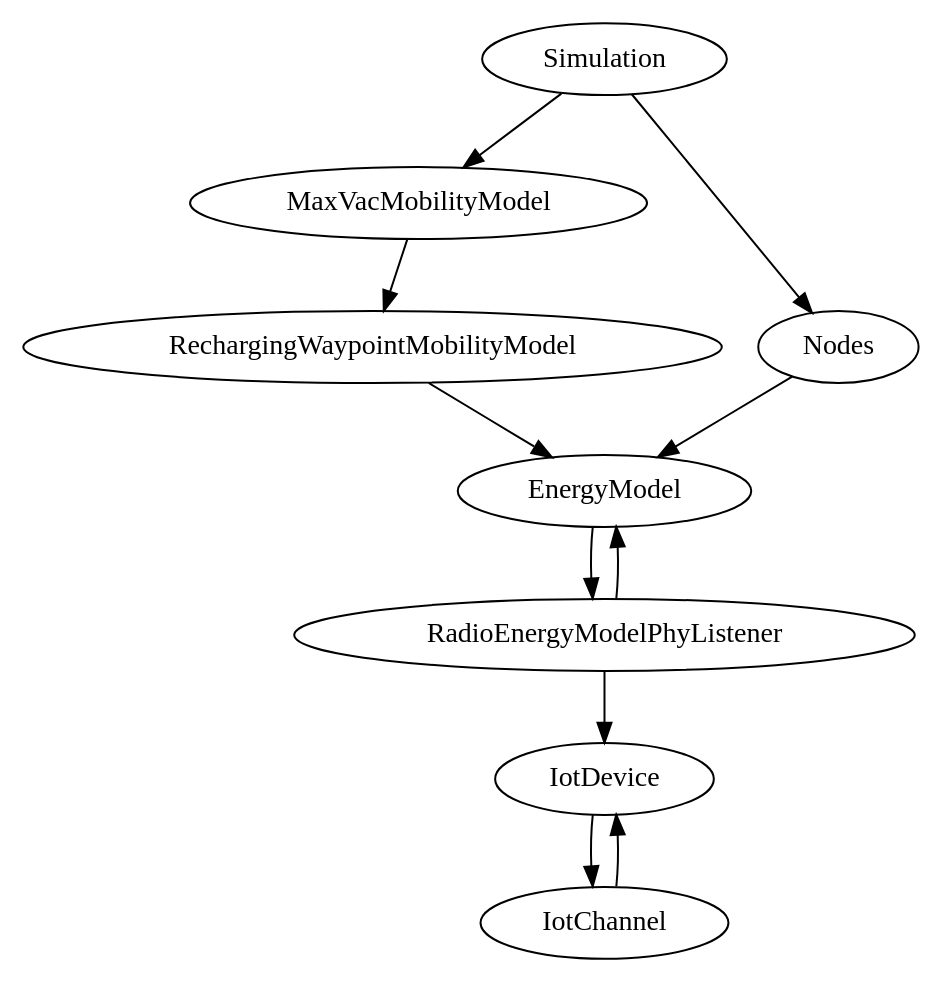
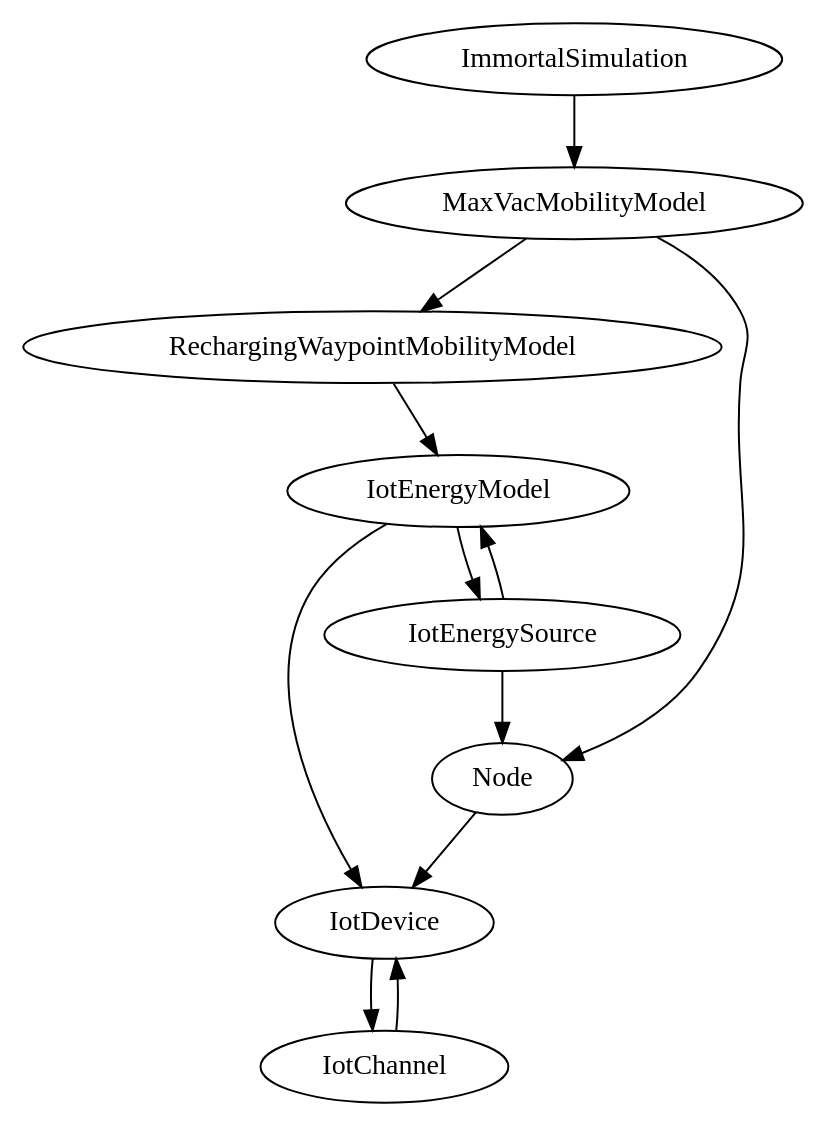
The first of 2 diagrams in Project.asciidoc (hansbogert/TUD-IN4398-Project2), drawn with Graphviz before and after one commit. The commit also changed other lines of this file and 1 other file, not shown here.

```diff
--- a/Project.asciidoc
+++ b/Project.asciidoc
@@ -180,21 +148,28 @@
 [graphviz]
 ----
 digraph G { rankdir=UD; 
-  Simulation
+  ImmortalSimulation
   ->MaxVacMobilityModel
   ->RechargingWaypointMobilityModel
-  ->EnergyModel
-  ->RadioEnergyModelPhyListener
-  ->EnergyModel
-    RadioEnergyModelPhyListener
+  ->IotEnergyModel
   ->IotDevice
   ->IotChannel
 
   IotChannel
   ->IotDevice
 
-  Simulation
-  ->Nodes
-  ->EnergyModel
+  "Node"
+  ->IotDevice
+
+  MaxVacMobilityModel
+  ->"Node"
+
+  IotEnergyModel
+  ->IotEnergySource
+  ->"Node"
+
+  IotEnergySource
+  ->IotEnergyModel
+  
 }
 ----
```
